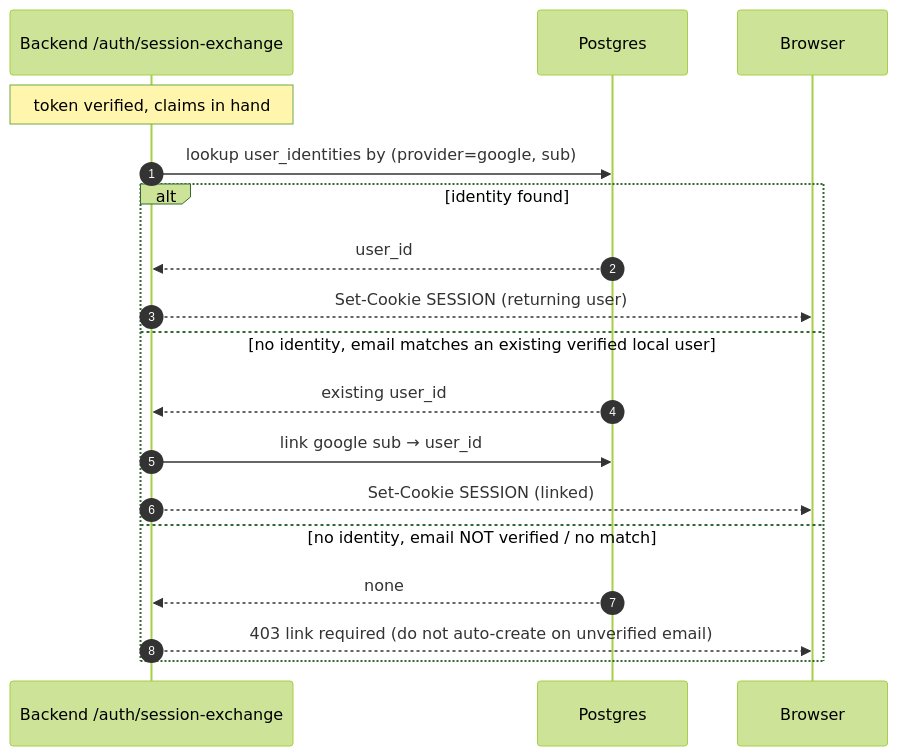
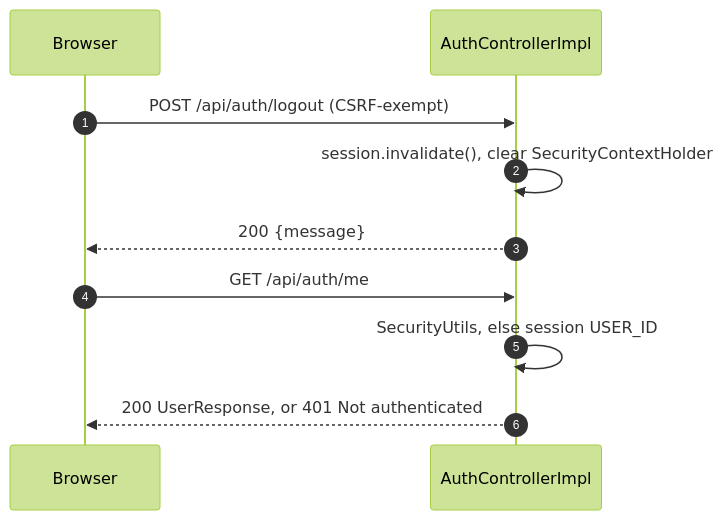
Before and after one commit to ishubhamrathi/platform: the sixth of 6 diagrams in docs/AUTH_ARCHITECTURE.md, drawn with Mermaid (forest theme). The commit also changed other lines of this file and 2 other files, not shown here.

First line of the commit message:
Document Google SSO and OTP sign-in, bump backend submodule

````diff
--- a/docs/AUTH_ARCHITECTURE.md
+++ b/docs/AUTH_ARCHITECTURE.md
@@ -164,21 +267,14 @@
 ```mermaid
 sequenceDiagram
     autonumber
-    participant BE as Backend /auth/session-exchange
-    participant DB as Postgres
     participant U as Browser
+    participant AC as AuthControllerImpl
 
-    Note over BE: token verified, claims in hand
-    BE->>DB: lookup user_identities by (provider=google, sub)
-    alt identity found
-        DB-->>BE: user_id
-        BE-->>U: Set-Cookie SESSION (returning user)
-    else no identity, email matches an existing verified local user
-        DB-->>BE: existing user_id
-        BE->>DB: link google sub → user_id
-        BE-->>U: Set-Cookie SESSION (linked)
-    else no identity, email NOT verified / no match
-        DB-->>BE: none
-        BE-->>U: 403 link required (do not auto-create on unverified email)
-    end
+    U->>AC: POST /api/auth/logout (CSRF-exempt)
+    AC->>AC: session.invalidate(), clear SecurityContextHolder
+    AC-->>U: 200 {message}
+
+    U->>AC: GET /api/auth/me
+    AC->>AC: SecurityUtils, else session USER_ID
+    AC-->>U: 200 UserResponse, or 401 Not authenticated
 ```
````
